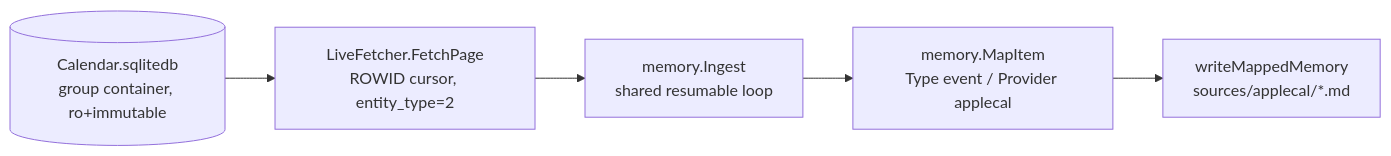
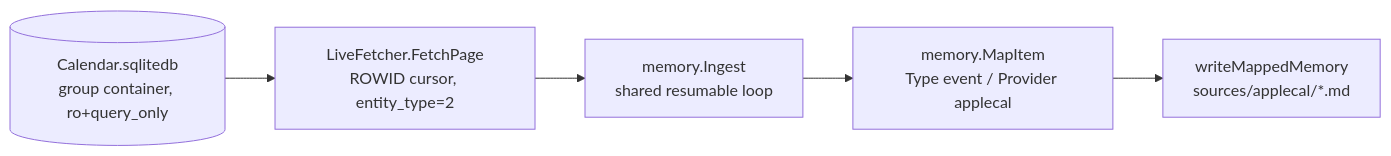
One commit to pyranthus-hq/mora changed the diagram in docs/architecture/12-connectors-applecal.md. Above: the diagram before and after it, drawn with Mermaid. The commit also changed other lines of this file and 12 other files, not shown here.

Commit message:
fix apple calendar live database reads

````diff
--- a/docs/architecture/12-connectors-applecal.md
+++ b/docs/architecture/12-connectors-applecal.md
@@ -16,7 +16,7 @@
 ```mermaid
 flowchart LR
-    DB[(Calendar.sqlitedb\ngroup container, ro+immutable)] --> F[LiveFetcher.FetchPage\nROWID cursor, entity_type=2]
+    DB[(Calendar.sqlitedb\ngroup container, ro+query_only)] --> F[LiveFetcher.FetchPage\nROWID cursor, entity_type=2]
     F --> I[memory.Ingest\nshared resumable loop]
     I --> M[memory.MapItem\nType event / Provider applecal]
     M --> W[writeMappedMemory\nsources/applecal/*.md]
 ```
````
